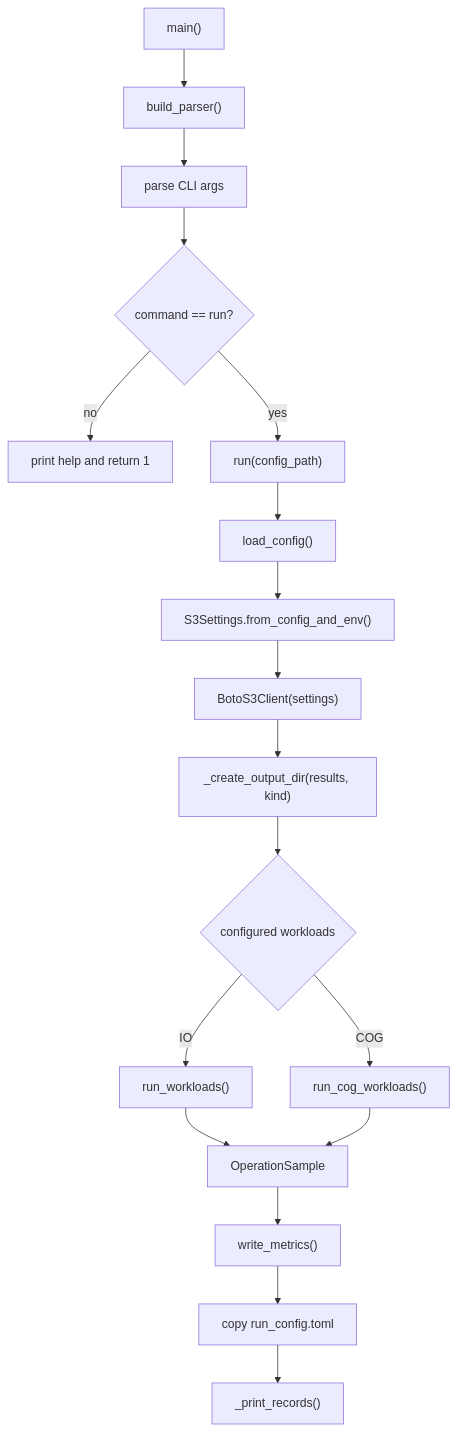
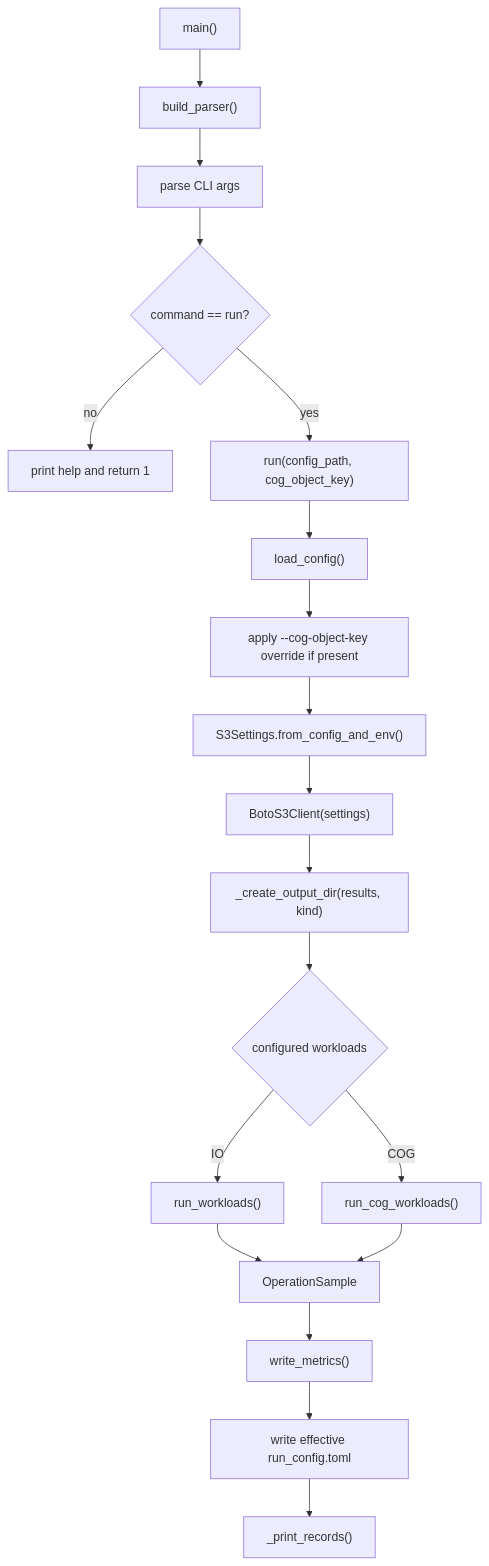
One commit to vsszhang/decentrolized-storage-system-benchmark changed the second of 4 diagrams in README-UPDATE.md. Above: the diagram before and after it, drawn with Mermaid. The commit also changed other lines of this file and 1 other file, not shown here.

Commit message:
feat: update cog minio file chang description

````diff
--- a/README-UPDATE.md
+++ b/README-UPDATE.md
@@ -416,20 +428,21 @@
 ```mermaid
 flowchart TD
     A["main()"] --> B["build_parser()"]
     B --> C["parse CLI args"]
     C --> D{"command == run?"}
     D -- "no" --> E["print help and return 1"]
-    D -- "yes" --> F["run(config_path)"]
+    D -- "yes" --> F["run(config_path, cog_object_key)"]
     F --> G["load_config()"]
-    G --> H["S3Settings.from_config_and_env()"]
+    G --> R["apply --cog-object-key override if present"]
+    R --> H["S3Settings.from_config_and_env()"]
     H --> I["BotoS3Client(settings)"]
     I --> J["_create_output_dir(results, kind)"]
     J --> K{"configured workloads"}
     K -- "IO" --> L["run_workloads()"]
     K -- "COG" --> O["run_cog_workloads()"]
     L --> P["OperationSample"]
     O --> P
     P --> Q["write_metrics()"]
-    Q --> M["copy run_config.toml"]
+    Q --> M["write effective run_config.toml"]
     M --> N["_print_records()"]
 ```
````
